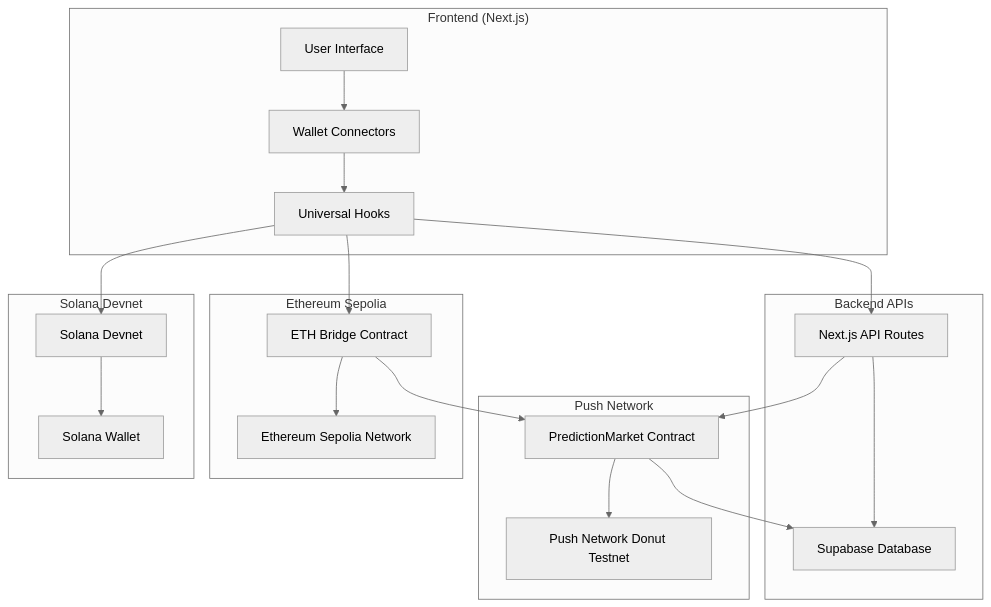
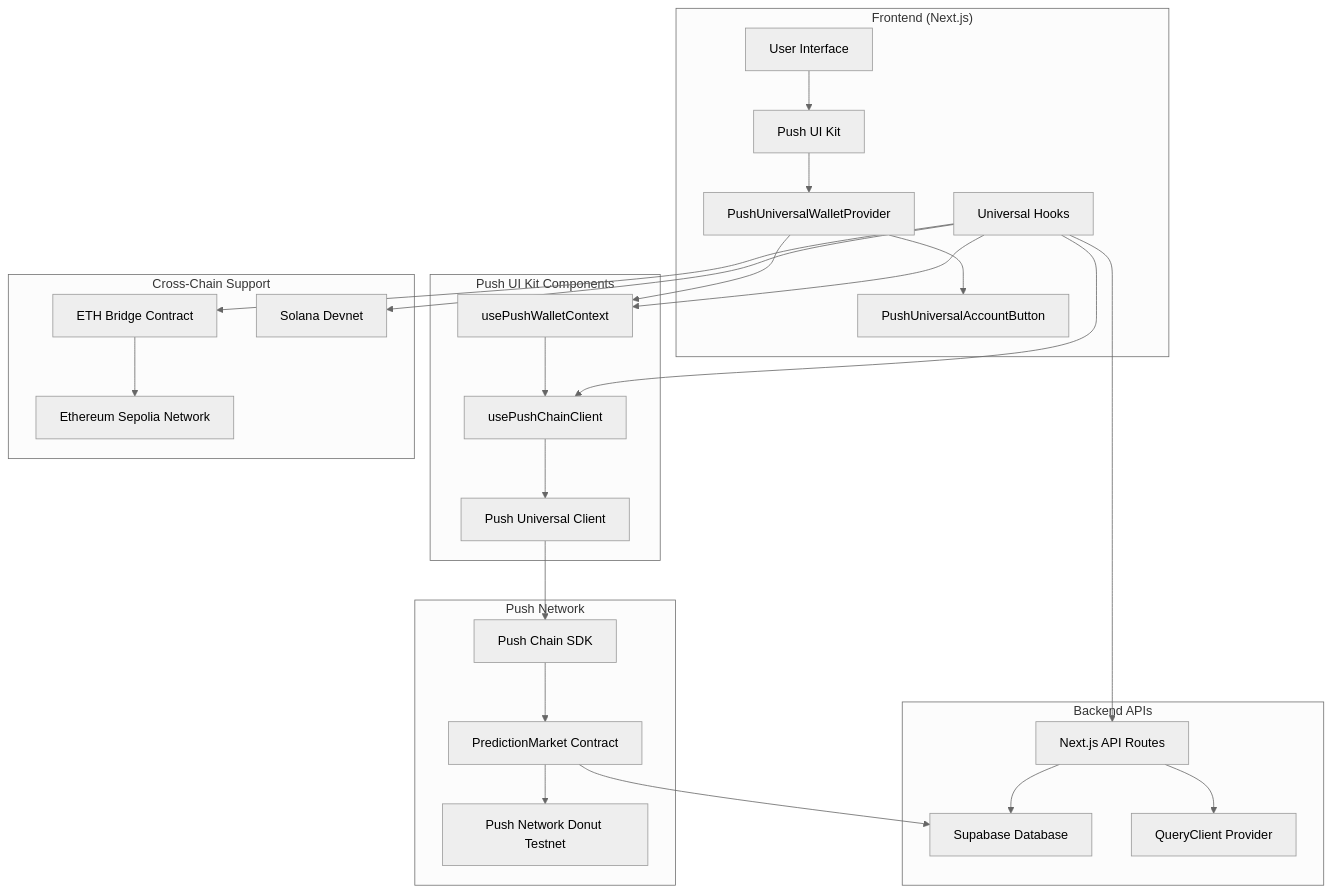
One commit to enliven17/push-predict changed the first of 13 diagrams in diagrams.md. Above: the diagram before and after it, drawn with Mermaid (neutral theme). The commit also changed other lines of this file and 1 other file, not shown here.

Commit message:
diagrams update

````diff
--- a/diagrams.md
+++ b/diagrams.md
@@ -7,44 +7,57 @@
 ```mermaid
 graph TB
     subgraph "Frontend (Next.js)"
         UI[User Interface]
-        WC[Wallet Connectors]
+        PUK[Push UI Kit]
+        PWP[PushUniversalWalletProvider]
+        PUB[PushUniversalAccountButton]
         UH[Universal Hooks]
+    end
+    
+    subgraph "Push UI Kit Components"
+        PWC[usePushWalletContext]
+        PCC[usePushChainClient]
+        PUC[Push Universal Client]
     end
     
     subgraph "Backend APIs"
         API[Next.js API Routes]
         SB[Supabase Database]
+        QC[QueryClient Provider]
     end
     
     subgraph "Push Network"
         PC[PredictionMarket Contract]
         PN[Push Network Donut Testnet]
+        PCS[Push Chain SDK]
     end
     
-    subgraph "Ethereum Sepolia"
+    subgraph "Cross-Chain Support"
         EB[ETH Bridge Contract]
         ES[Ethereum Sepolia Network]
+        SD[Solana Devnet]
     end
     
-    subgraph "Solana Devnet"
-        SD[Solana Devnet]
-        SW[Solana Wallet]
-    end
+    UI --> PUK
+    PUK --> PWP
+    PWP --> PUB
+    PWP --> PWC
+    PWC --> PCC
+    PCC --> PUC
+    PUC --> PCS
     
-    UI --> WC
-    WC --> UH
+    UH --> PWC
+    UH --> PCC
     UH --> API
+    API --> QC
     API --> SB
-    API --> PC
+    
+    PCS --> PC
     PC --> PN
     
     UH --> EB
     EB --> ES
-    
     UH --> SD
-    SD --> SW
     
     PC --> SB
-    EB --> PC
 ```
````
